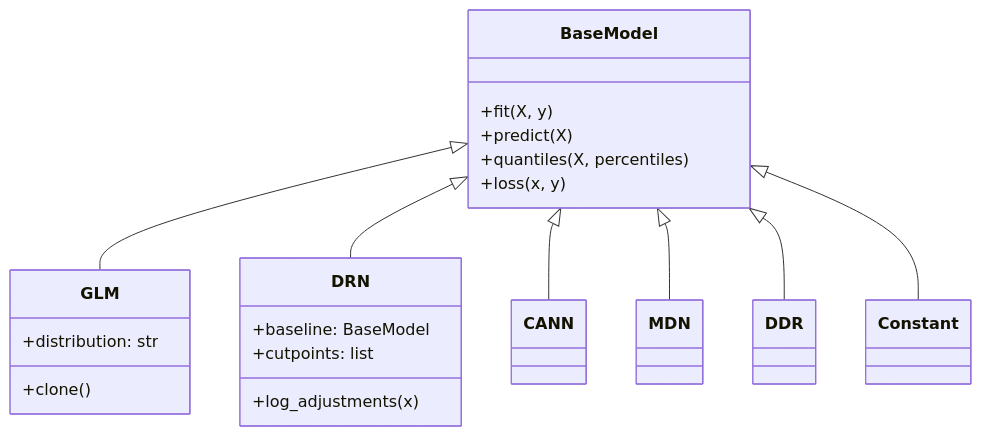
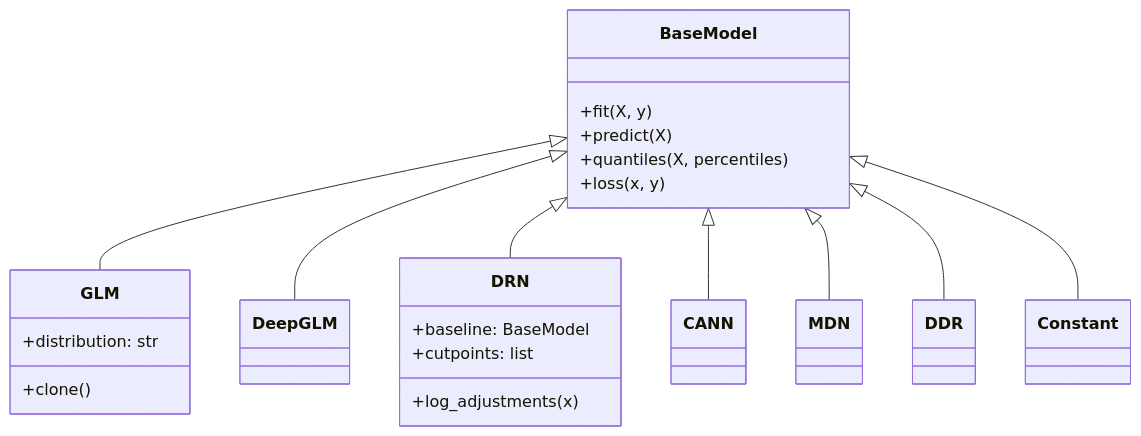
One commit to Pat-Laub/drn changed the diagram in docs/api/models/index.md. Above: the diagram before and after it, drawn with Mermaid. The commit also changed other lines of this file and 11 other files, not shown here.

Commit message:
Add a DeepGLM model

````diff
--- a/docs/api/models/index.md
+++ b/docs/api/models/index.md
@@ -7,27 +7,28 @@
 ```mermaid
 classDiagram
     BaseModel <|-- GLM
+    BaseModel <|-- DeepGLM
     BaseModel <|-- DRN
     BaseModel <|-- CANN
     BaseModel <|-- MDN
     BaseModel <|-- DDR
     BaseModel <|-- Constant
     
     class BaseModel {
         +fit(X, y)
         +predict(X)
         +quantiles(X, percentiles)
         +loss(x, y)
     }
     
     class GLM {
         +distribution: str
         +clone()
     }
     
     class DRN {
         +baseline: BaseModel
         +cutpoints: list
         +log_adjustments(x)
     }
 ```
````
